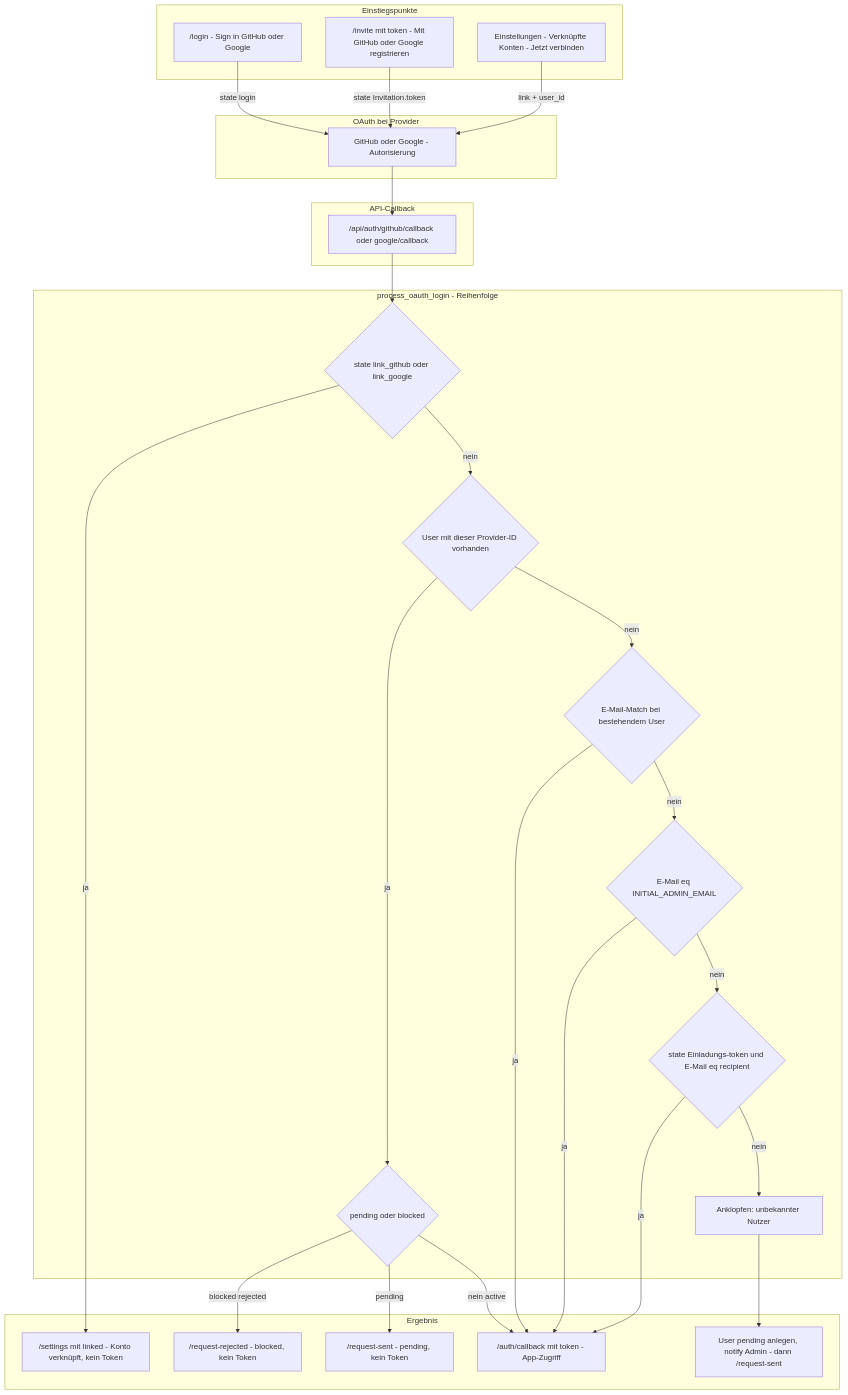
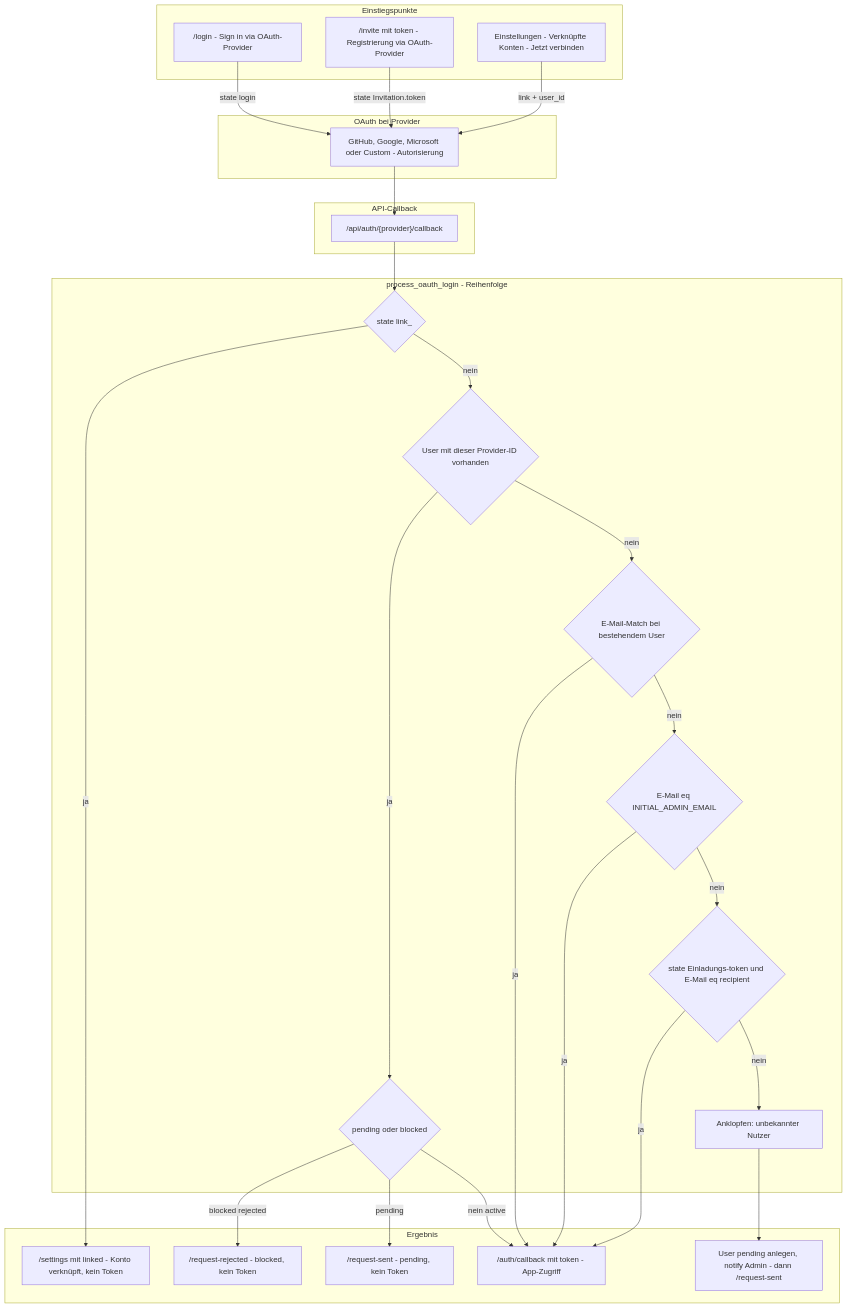
Before and after one commit to ttuhin03/fastflow: the diagram in docs/docs/oauth/README.md, drawn with Mermaid. The commit also changed other lines of this file and 25 other files, not shown here.

````diff
--- a/docs/docs/oauth/README.md
+++ b/docs/docs/oauth/README.md
@@ -21,62 +21,62 @@
 ```mermaid
 flowchart TB
     subgraph Einstieg[Einstiegspunkte]
-        L["/login - Sign in GitHub oder Google"]
-        I["/invite mit token - Mit GitHub oder Google registrieren"]
+        L["/login - Sign in via OAuth-Provider"]
+        I["/invite mit token - Registrierung via OAuth-Provider"]
         S["Einstellungen - Verknüpfte Konten - Jetzt verbinden"]
     end
 
     subgraph OAuth[OAuth bei Provider]
-        G["GitHub oder Google - Autorisierung"]
+        G["GitHub, Google, Microsoft oder Custom - Autorisierung"]
     end
 
     subgraph Callback[API-Callback]
-        C["/api/auth/github/callback oder google/callback"]
+        C["/api/auth/{provider}/callback"]
     end
 
     subgraph Auswertung[process_oauth_login - Reihenfolge]
-        P1{"state link_github oder link_google"}
+        P1{"state link_<provider>"}
         P2{"User mit dieser Provider-ID vorhanden"}
         P3{"pending oder blocked"}
         P4{"E-Mail-Match bei bestehendem User"}
         P5{"E-Mail eq INITIAL_ADMIN_EMAIL"}
         P6{"state Einladungs-token und E-Mail eq recipient"}
         P7["Anklopfen: unbekannter Nutzer"]
     end
 
     subgraph Ergebnis[Ergebnis]
         R1["/settings mit linked - Konto verknüpft, kein Token"]
         R2["/request-rejected - blocked, kein Token"]
         R3["/request-sent - pending, kein Token"]
         R4["/auth/callback mit token - App-Zugriff"]
         R5["User pending anlegen, notify Admin - dann /request-sent"]
     end
 
     L -->|state login| G
     I -->|state Invitation.token| G
     S -->|link + user_id| G
 
     G --> C
     C --> P1
 
     P1 -->|ja| R1
     P1 -->|nein| P2
 
     P2 -->|ja| P3
     P2 -->|nein| P4
 
     P3 -->|blocked rejected| R2
     P3 -->|pending| R3
     P3 -->|nein active| R4
 
     P4 -->|ja| R4
     P4 -->|nein| P5
 
     P5 -->|ja| R4
     P5 -->|nein| P6
 
     P6 -->|ja| R4
     P6 -->|nein| P7
 
     P7 --> R5
 ```
````
